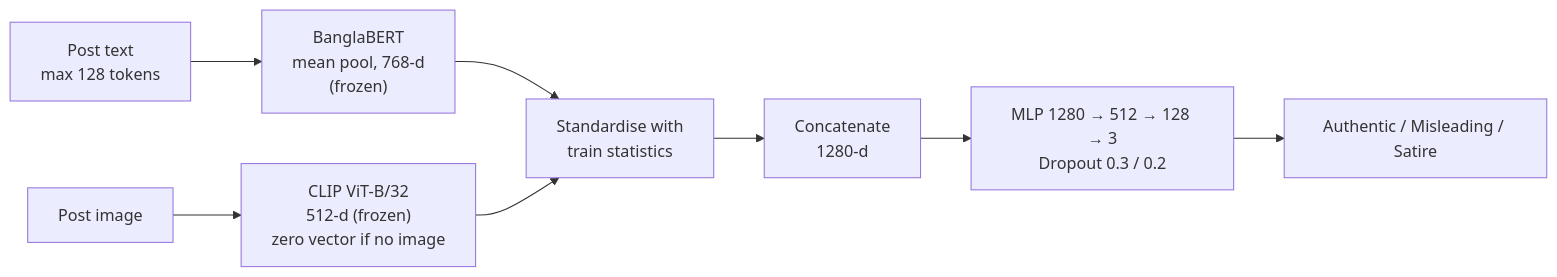
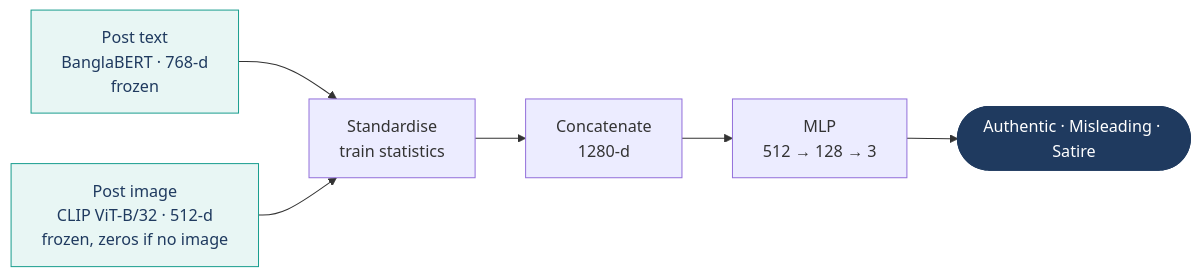
One commit to joy-saha-ayan/CSE499-Project changed the diagram in README.md. Above: the diagram before and after it, drawn with Mermaid. The commit also changed other lines of this file and 2 other files, not shown here.

````diff
--- a/README.md
+++ b/README.md
@@ -55,10 +65,12 @@
 ```mermaid
 flowchart LR
-    T["Post text<br/>max 128 tokens"] --> B["BanglaBERT<br/>mean pool, 768-d<br/>(frozen)"]
-    I["Post image"] --> C["CLIP ViT-B/32<br/>512-d (frozen)<br/>zero vector if no image"]
-    B --> S["Standardise with<br/>train statistics"]
-    C --> S
+    T["Post text<br/>BanglaBERT · 768-d<br/>frozen"] --> S["Standardise<br/>train statistics"]
+    I["Post image<br/>CLIP ViT-B/32 · 512-d<br/>frozen, zeros if no image"] --> S
     S --> F["Concatenate<br/>1280-d"]
-    F --> M["MLP 1280 → 512 → 128 → 3<br/>Dropout 0.3 / 0.2"]
-    M --> O["Authentic / Misleading / Satire"]
+    F --> M["MLP<br/>512 → 128 → 3"]
+    M --> O(["Authentic · Misleading · Satire"])
+    classDef enc fill:#E8F6F4,stroke:#1A9E8F,color:#1F3A5F;
+    classDef out fill:#1F3A5F,stroke:#1F3A5F,color:#ffffff;
+    class T,I enc;
+    class O out;
 ```
````
